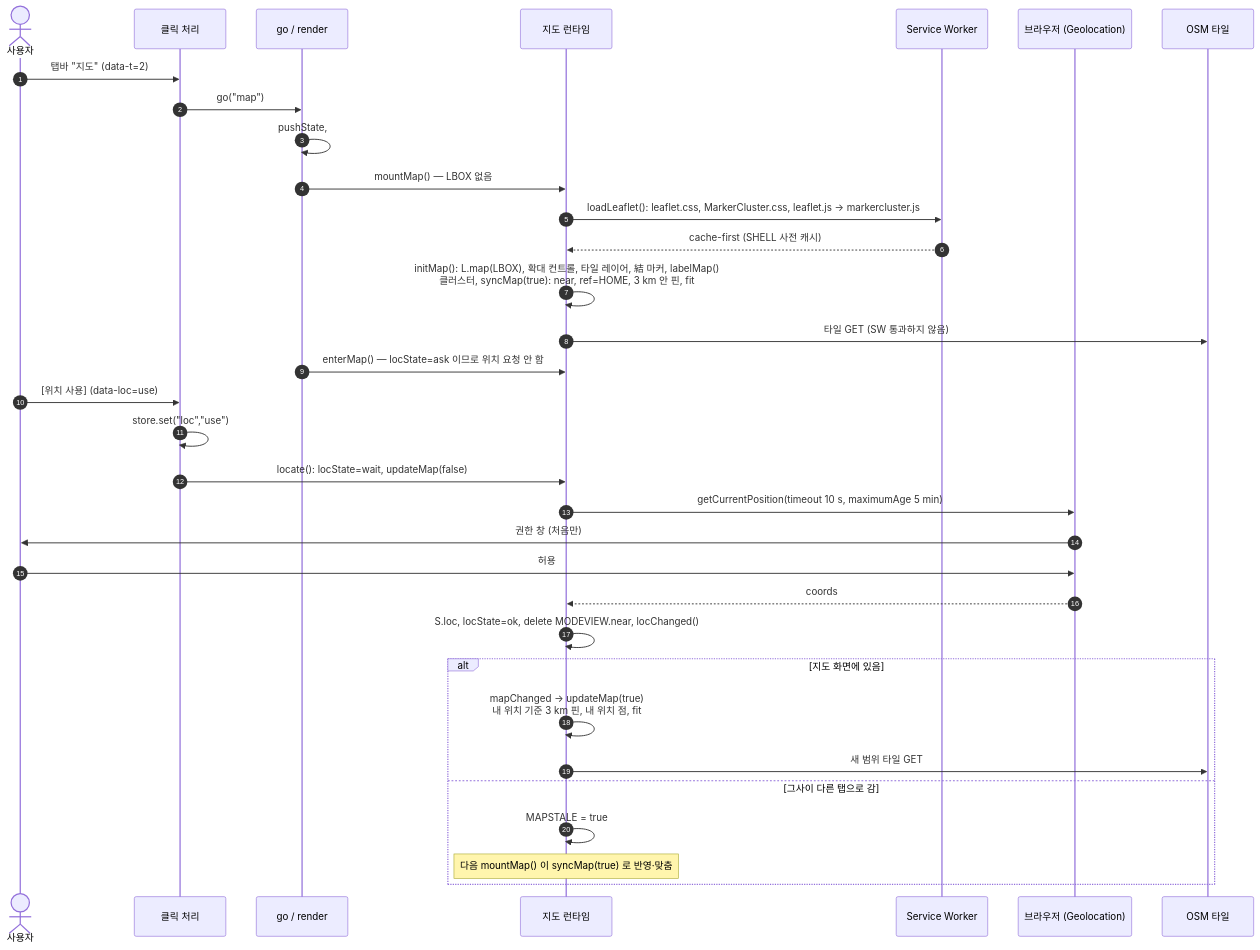
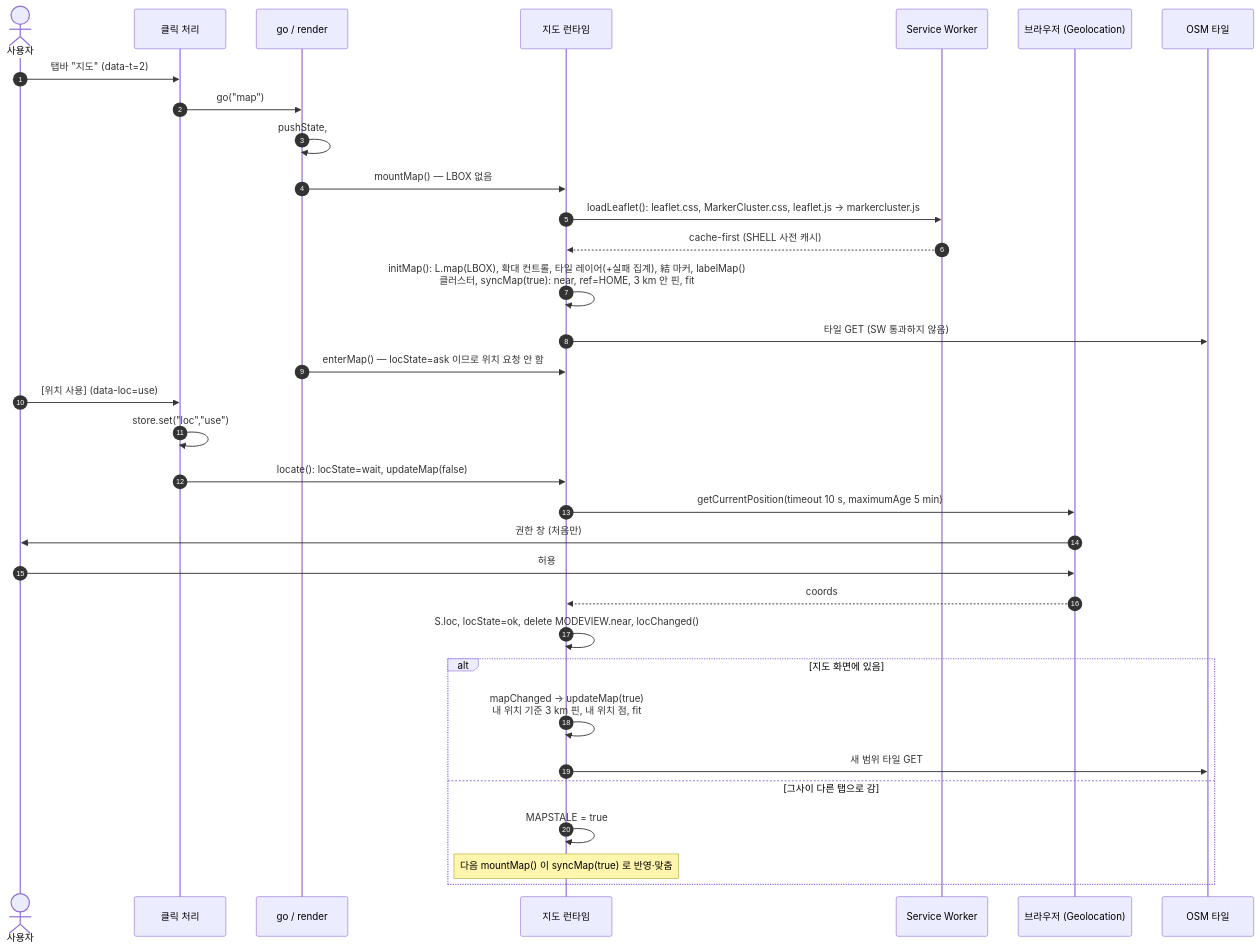
The sixth of 8 diagrams in docs/architecture/rfc/0002-mlp-client-only.md (underthesun7213/yui-board), drawn with Mermaid before and after one commit. The commit also changed other lines of this file and 7 other files, not shown here.

First line of the commit message:
Finish MLP architecture docs; tighten checks

````diff
--- a/docs/architecture/rfc/0002-mlp-client-only.md
+++ b/docs/architecture/rfc/0002-mlp-client-only.md
@@ -329,36 +337,36 @@
 ```mermaid
 sequenceDiagram
   autonumber
   actor U as 사용자
   participant C as 클릭 처리
   participant G as go / render
   participant M as 지도 런타임
   participant SW as Service Worker
   participant B as 브라우저 (Geolocation)
   participant O as OSM 타일
 
   U->>C: 탭바 "지도" (data-t=2)
   C->>G: go("map")
   G->>G: pushState, #main = mapView()<br/>locState=ask → 안내 카드, #lmapslot "지도를 불러오고 있습니다…"
   G->>M: mountMap() — LBOX 없음
   M->>SW: loadLeaflet(): leaflet.css, MarkerCluster.css, leaflet.js → markercluster.js
   SW-->>M: cache-first (SHELL 사전 캐시)
-  M->>M: initMap(): L.map(LBOX), 확대 컨트롤, 타일 레이어, 結 마커, labelMap()<br/>클러스터, syncMap(true): near, ref=HOME, 3 km 안 핀, fit
+  M->>M: initMap(): L.map(LBOX), 확대 컨트롤, 타일 레이어(+실패 집계), 結 마커, labelMap()<br/>클러스터, syncMap(true): near, ref=HOME, 3 km 안 핀, fit
   M->>O: 타일 GET (SW 통과하지 않음)
   G->>M: enterMap() — locState=ask 이므로 위치 요청 안 함
   U->>C: [위치 사용] (data-loc=use)
   C->>C: store.set("loc","use")
   C->>M: locate(): locState=wait, updateMap(false)
   M->>B: getCurrentPosition(timeout 10 s, maximumAge 5 min)
   B->>U: 권한 창 (처음만)
   U->>B: 허용
   B-->>M: coords
   M->>M: S.loc, locState=ok, delete MODEVIEW.near, locChanged()
   alt 지도 화면에 있음
     M->>M: mapChanged → updateMap(true)<br/>내 위치 기준 3 km 핀, 내 위치 점, fit
     M->>O: 새 범위 타일 GET
   else 그사이 다른 탭으로 감
     M->>M: MAPSTALE = true
     Note over M: 다음 mountMap() 이 syncMap(true) 로 반영·맞춤
   end
 ```
````
